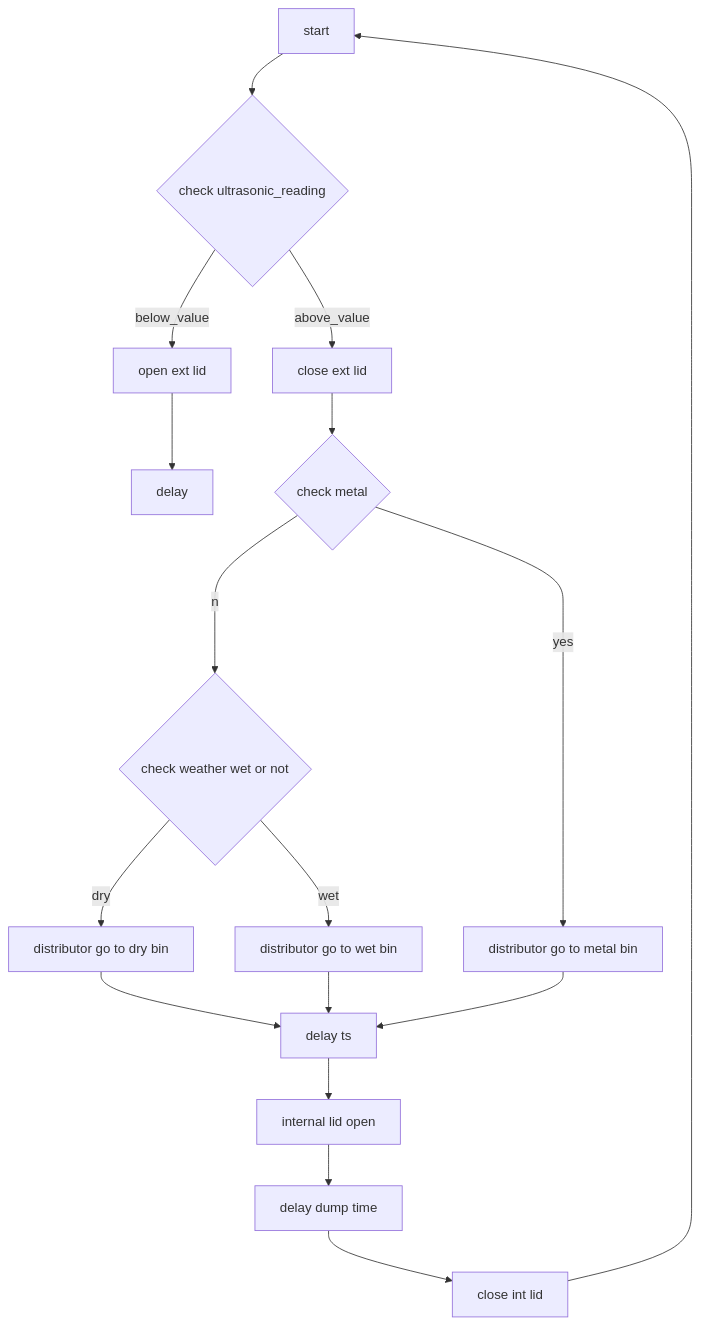
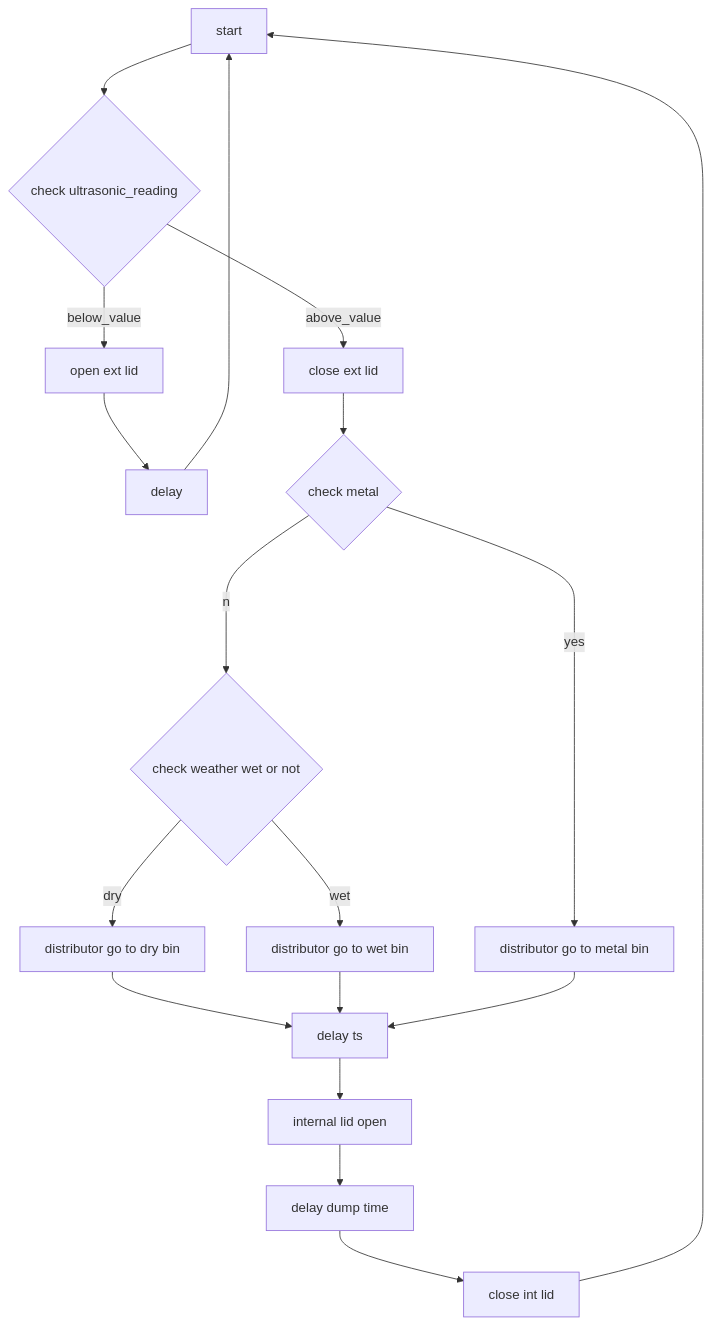
The diagram in README.md (Arun-jyothish/Waste_categorize), drawn with Mermaid before and after one commit. The commit also changed 1 other file, not shown here.

Commit message:
revised algorithm

```diff
--- a/README.md
+++ b/README.md
@@ -3,20 +3,21 @@
 ~~~mermaid
 graph TD 
 a[start] --> b{check ultrasonic_reading}
 e-->d1[delay]
 b--below_value-->e[open ext lid]
+d1-->a
 b --above_value-->d[close ext lid]
 d-->ch{check metal}
 ch--yes-->z1[distributor go to metal bin]
 ch--no-->z2{check weather wet or not}
 z2--wet-->z3[distributor go to wet bin]
 z2--dry-->z4[distributor go to dry bin]
 z4-->dl[delay ts]
 z3-->dl
 z1-->dl
 dl-->int[internal lid open]
 int-->dl2[delay dump time]
 dl2-->cl2[close int lid]
 cl2-->a
 
 ~~~
```
